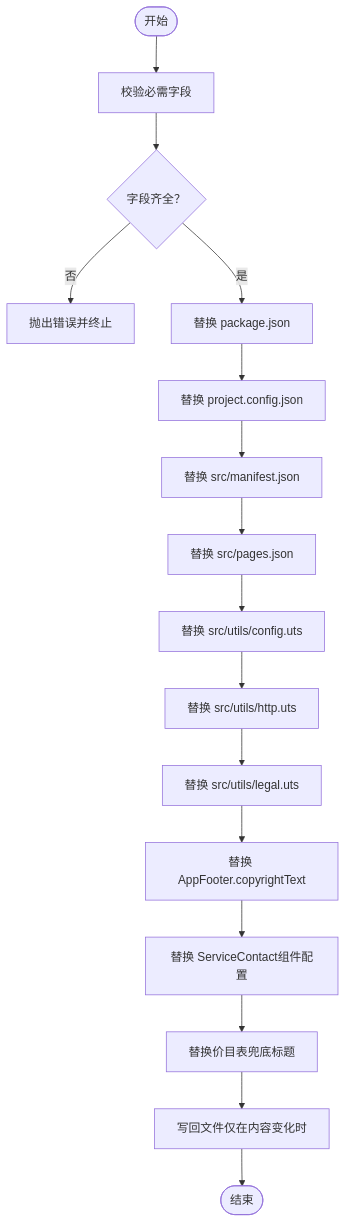
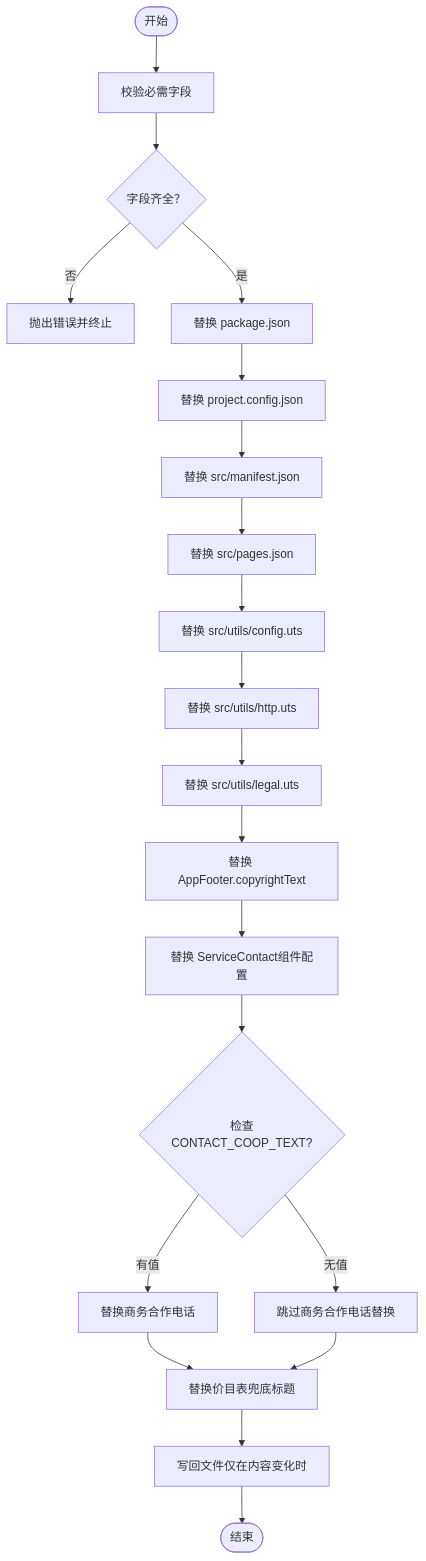
Before and after one commit to crazyma99/blueberry: the third of 4 diagrams in .qoder/repowiki/zh/content/Profile配置系统/Profile应用流程.md, drawn with Mermaid. The commit also changed other lines of this file and 11 other files, not shown here.

````diff
--- a/.qoder/repowiki/zh/content/Profile配置系统/Profile应用流程.md
+++ b/.qoder/repowiki/zh/content/Profile配置系统/Profile应用流程.md
@@ -222,18 +223,22 @@
 ```mermaid
 flowchart TD
 Start(["开始"]) --> CheckEnv["校验必需字段"]
 CheckEnv --> EnvOK{"字段齐全？"}
 EnvOK --> |否| ThrowErr["抛出错误并终止"]
 EnvOK --> |是| ReplacePkg["替换 package.json"]
 ReplacePkg --> ReplaceCfg["替换 project.config.json"]
 ReplaceCfg --> ReplaceMan["替换 src/manifest.json"]
 ReplaceMan --> ReplacePages["替换 src/pages.json"]
 ReplacePages --> ReplaceConf["替换 src/utils/config.uts"]
 ReplaceConf --> ReplaceHttp["替换 src/utils/http.uts"]
 ReplaceHttp --> ReplaceLegal["替换 src/utils/legal.uts"]
 ReplaceLegal --> ReplaceFooter["替换 AppFooter.copyrightText"]
 ReplaceFooter --> ReplaceServiceContact["替换 ServiceContact组件配置"]
-ReplaceServiceContact --> ReplacePrice["替换价目表兜底标题"]
+ReplaceServiceContact --> CheckCoop{"检查CONTACT_COOP_TEXT?"}
+CheckCoop --> |有值| ReplaceCoop["替换商务合作电话"]
+CheckCoop --> |无值| SkipCoop["跳过商务合作电话替换"]
+ReplaceCoop --> ReplacePrice["替换价目表兜底标题"]
+SkipCoop --> ReplacePrice
 ReplacePrice --> WriteBack["写回文件仅在内容变化时"]
 WriteBack --> End(["结束"])
 ```
````
